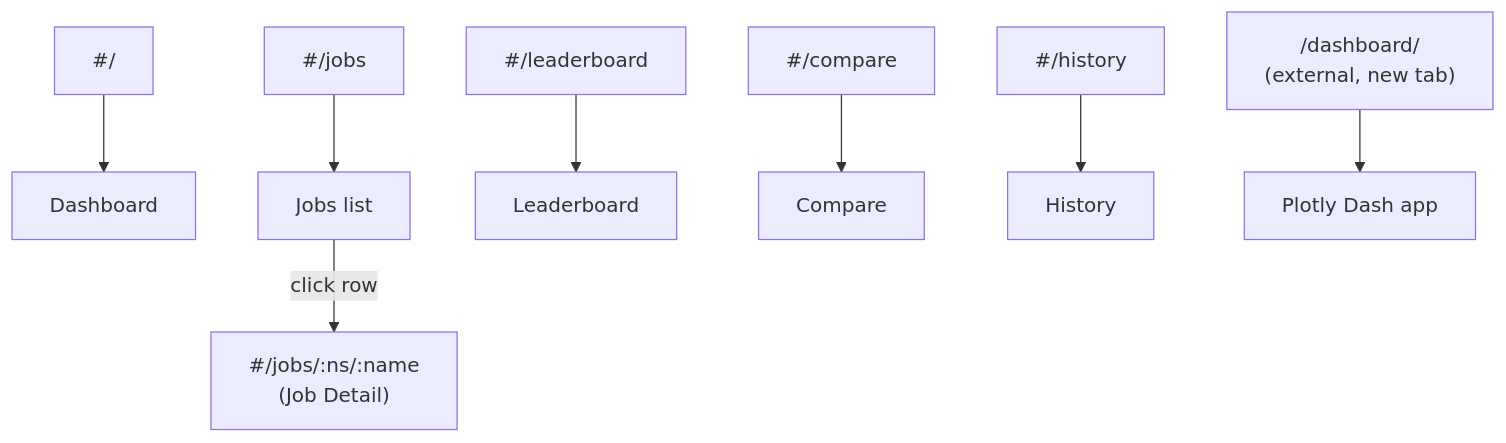
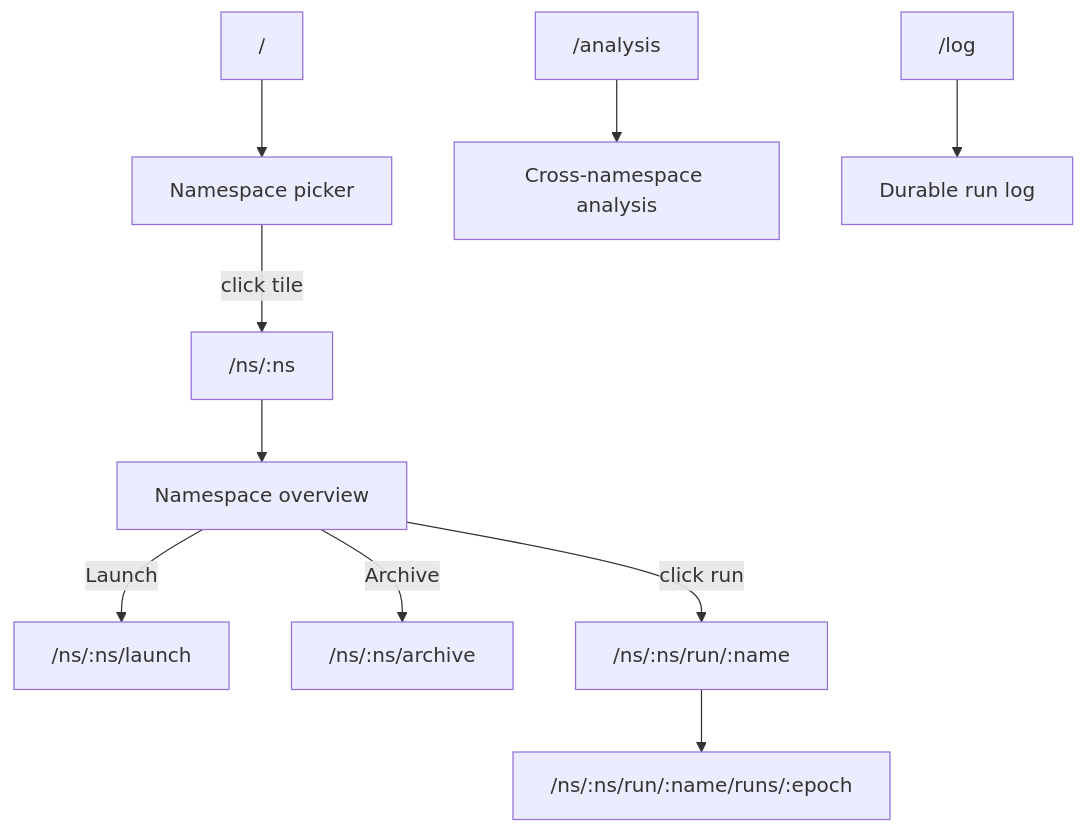
One commit to ai-dynamo/aiperf changed the diagram in docs/kubernetes/dashboard-ui.md. Above: the diagram before and after it, drawn with Mermaid. The commit also changed other lines of this file, not shown here.

Commit message:
docs(kubernetes): document namespace-workflow operator UI

````diff
--- a/docs/kubernetes/dashboard-ui.md
+++ b/docs/kubernetes/dashboard-ui.md
@@ -112,10 +99,12 @@
 ```mermaid
 flowchart TB
-    root["#/"] --> Dashboard["Dashboard"]
-    jobs["#/jobs"] --> Jobs["Jobs list"]
-    Jobs -->|click row| detail["#/jobs/:ns/:name<br/>(Job Detail)"]
-    lb["#/leaderboard"] --> Leaderboard["Leaderboard"]
-    cmp["#/compare"] --> Compare["Compare"]
-    hist["#/history"] --> History["History"]
-    plots["/dashboard/<br/>(external, new tab)"] --> PlotlyDash["Plotly Dash app"]
+    root["/"] --> Picker["Namespace picker"]
+    Picker -->|click tile| nsRoot["/ns/:ns"]
+    nsRoot --> Overview["Namespace overview"]
+    Overview -->|Launch| launch["/ns/:ns/launch"]
+    Overview -->|Archive| archive["/ns/:ns/archive"]
+    Overview -->|click run| run["/ns/:ns/run/:name"]
+    run --> epoch["/ns/:ns/run/:name/runs/:epoch"]
+    analysis["/analysis"] --> Analysis["Cross-namespace analysis"]
+    log["/log"] --> Log["Durable run log"]
 ```
````
